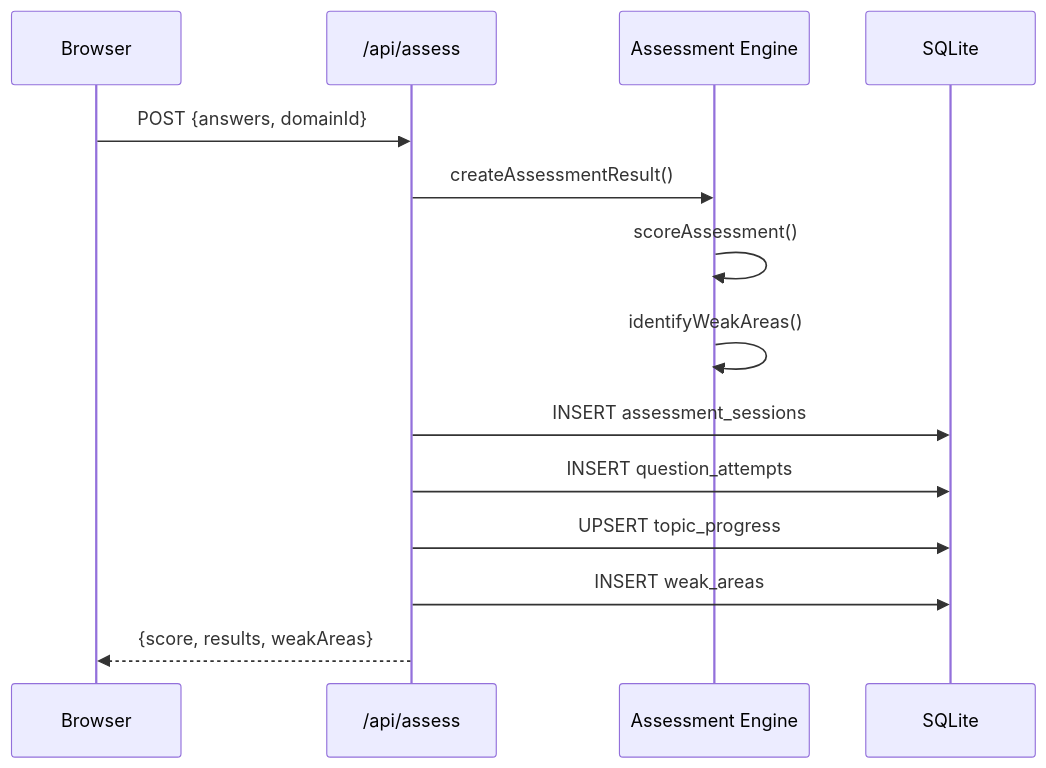
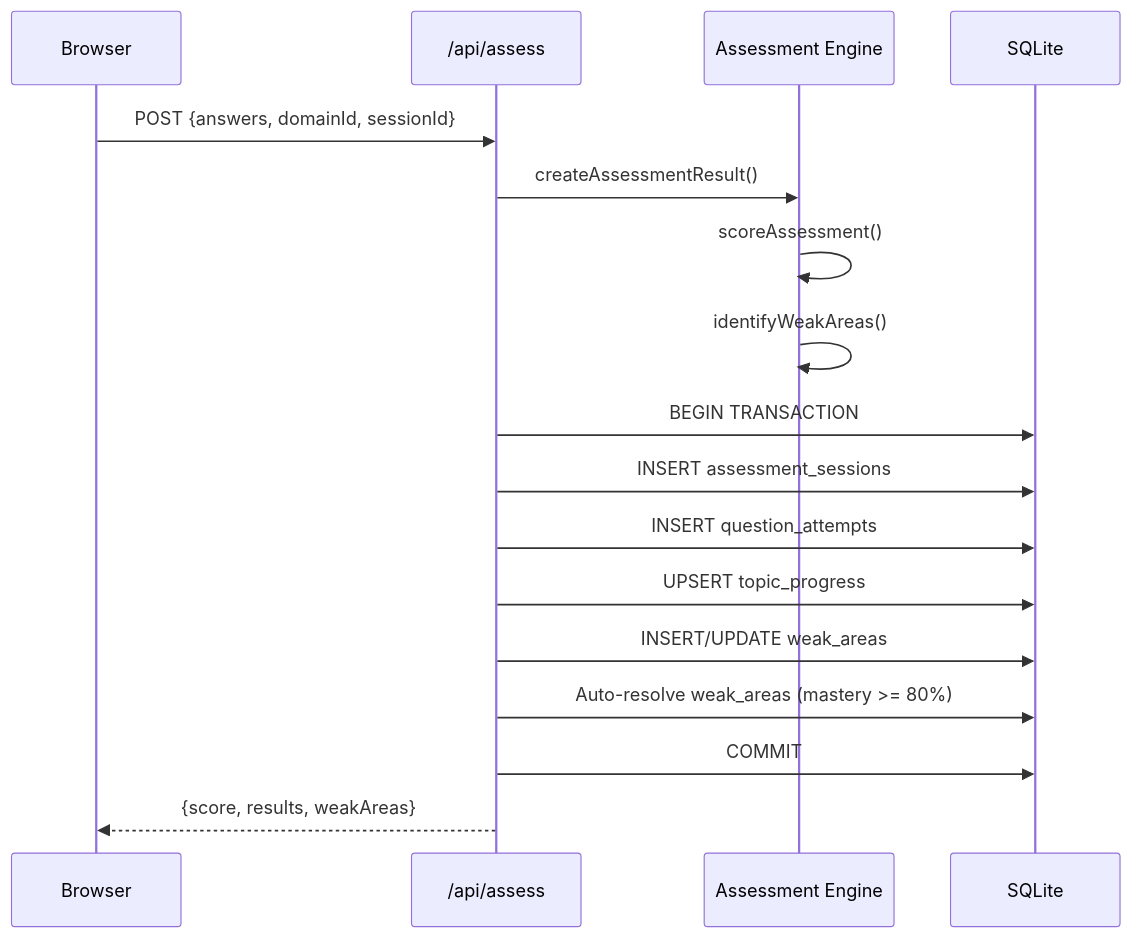
Before and after one commit to atbrace/sa-pro-study-companion: the fourth of 5 diagrams in docs/CODEBASE_MAP.md, drawn with Mermaid. The commit also changed other lines of this file and 4 other files, not shown here.

````diff
--- a/docs/CODEBASE_MAP.md
+++ b/docs/CODEBASE_MAP.md
@@ -309,17 +414,20 @@
 ```mermaid
 sequenceDiagram
     participant Browser
     participant API as /api/assess
     participant Engine as Assessment Engine
     participant DB as SQLite
 
-    Browser->>API: POST {answers, domainId}
+    Browser->>API: POST {answers, domainId, sessionId}
     API->>Engine: createAssessmentResult()
     Engine->>Engine: scoreAssessment()
     Engine->>Engine: identifyWeakAreas()
+    API->>DB: BEGIN TRANSACTION
     API->>DB: INSERT assessment_sessions
     API->>DB: INSERT question_attempts
     API->>DB: UPSERT topic_progress
-    API->>DB: INSERT weak_areas
+    API->>DB: INSERT/UPDATE weak_areas
+    API->>DB: Auto-resolve weak_areas (mastery >= 80%)
+    API->>DB: COMMIT
     API-->>Browser: {score, results, weakAreas}
 ```
````
